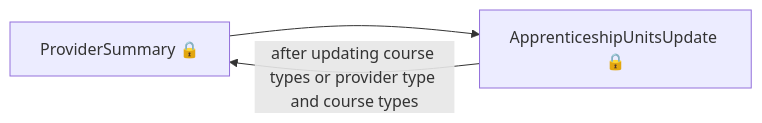
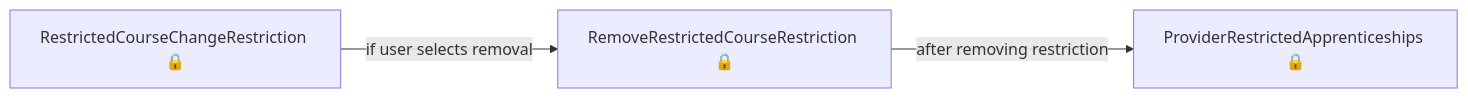
One commit to talentconsulting/atlas-dfe changed diagram 11 of 11 in das-admin-roatp-web/user-journeys/user-journeys.md. Above: the diagram before and after it, drawn with Mermaid. The commit also changed other lines of this file and 22 other files, not shown here.

````diff
--- a/das-admin-roatp-web/user-journeys/user-journeys.md
+++ b/das-admin-roatp-web/user-journeys/user-journeys.md
@@ -174,5 +136,5 @@
 ```mermaid
 flowchart LR
-  p0["ProviderSummary 🔒"] --> p1["ApprenticeshipUnitsUpdate 🔒"]
-  p1["ApprenticeshipUnitsUpdate 🔒"] -->|"after updating course types or provider type and course types"| p0["ProviderSummary 🔒"]
+  p0["RestrictedCourseChangeRestriction 🔒"] -->|"if user selects removal"| p1["RemoveRestrictedCourseRestriction 🔒"]
+  p1["RemoveRestrictedCourseRestriction 🔒"] -->|"after removing restriction"| p2["ProviderRestrictedApprenticeships 🔒"]
 ```
````
